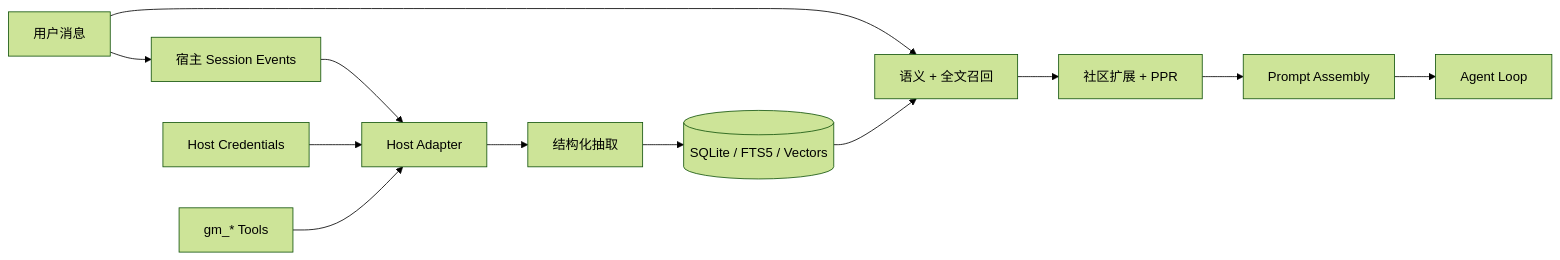
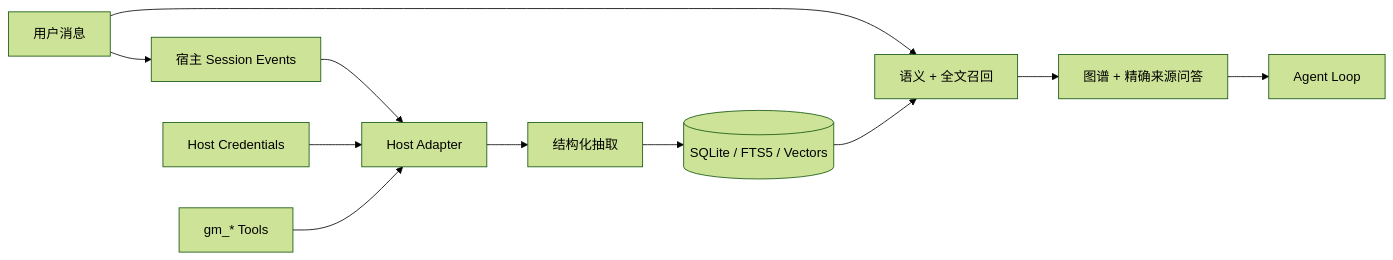
One commit to TriDefender/graph-memory changed the second of 3 diagrams in README_CN.md. Above: the diagram before and after it, drawn with Mermaid (forest theme). The commit also changed other lines of this file and 77 other files, not shown here.

````diff
--- a/README_CN.md
+++ b/README_CN.md
@@ -140,14 +159,13 @@
 ```mermaid
 flowchart LR
   USER[用户消息] --> SESSION[宿主 Session Events]
   SESSION --> ADAPTER[Host Adapter]
   ADAPTER --> EXTRACT[结构化抽取]
   EXTRACT --> GRAPH[(SQLite / FTS5 / Vectors)]
   USER --> RECALL[语义 + 全文召回]
   GRAPH --> RECALL
-  RECALL --> RANK[社区扩展 + PPR]
-  RANK --> PROMPT[Prompt Assembly]
+  RECALL --> PROMPT[图谱 + 精确来源问答]
   PROMPT --> LOOP[Agent Loop]
   CREDS[Host Credentials] --> ADAPTER
   TOOLS[gm_* Tools] --> ADAPTER
 ```
````
